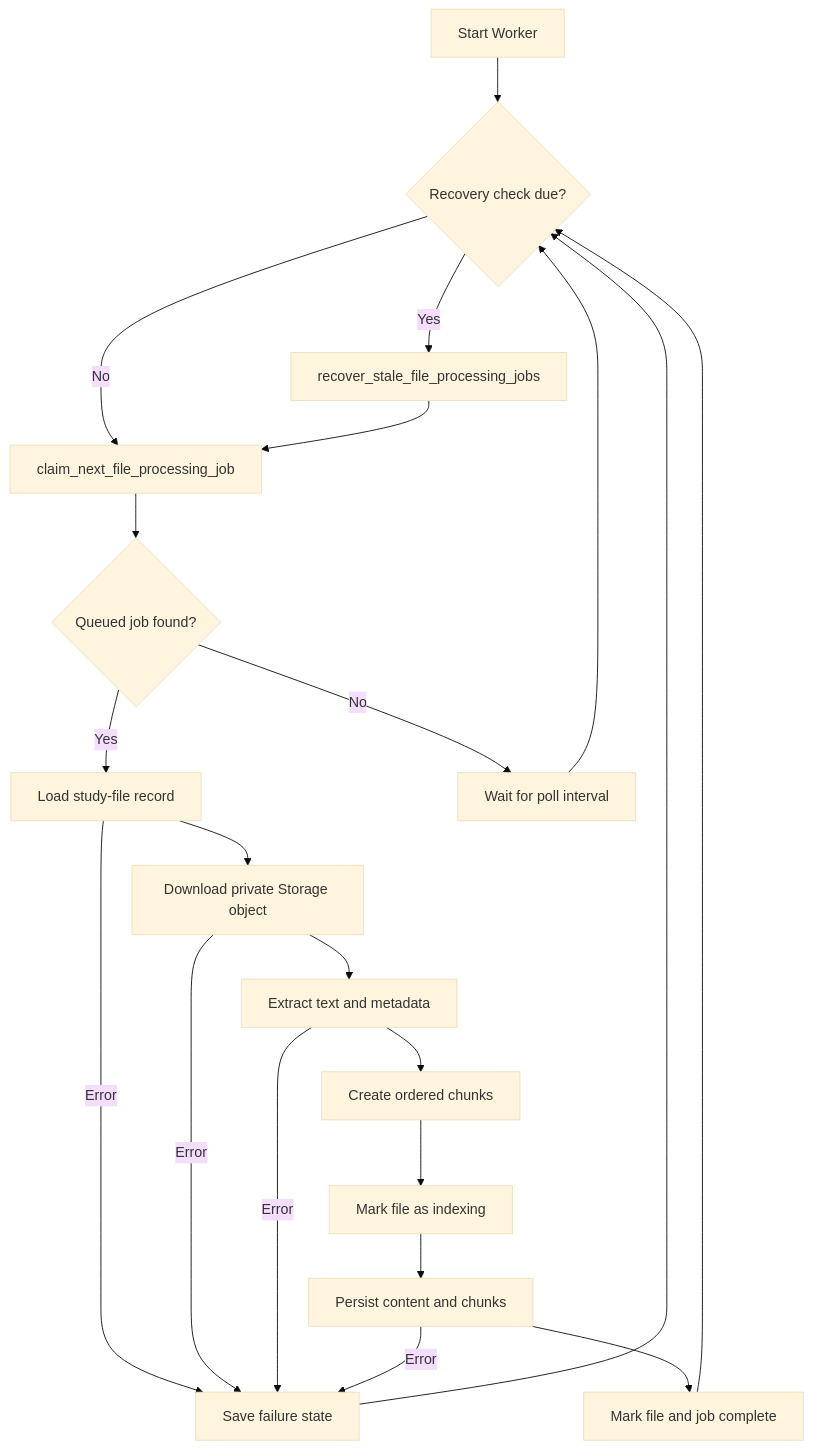
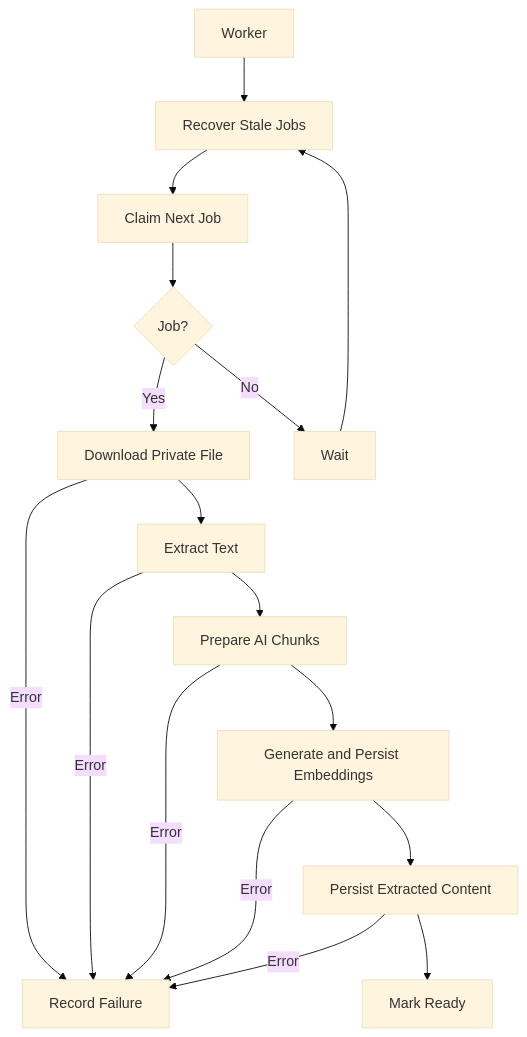
One commit to jianna-acc/stsp-capstone changed the sixth of 14 diagrams in docs/ARCHITECTURE.md. Above: the diagram before and after it, drawn with Mermaid (base theme). The commit also changed other lines of this file and 67 other files, not shown here.

````diff
--- a/docs/ARCHITECTURE.md
+++ b/docs/ARCHITECTURE.md
@@ -732,42 +290,36 @@
 ```mermaid
 flowchart TD
-    START["Start Worker"]
-    RECOVERY_DUE{"Recovery check due?"}
-    RECOVER["recover_stale_file_processing_jobs"]
-    CLAIM["claim_next_file_processing_job"]
-    FOUND{"Queued job found?"}
-    LOAD["Load study-file record"]
-    DOWNLOAD["Download private Storage object"]
-    EXTRACT["Extract text and metadata"]
-    CHUNK["Create ordered chunks"]
-    INDEXING["Mark file as indexing"]
-    COMPLETE["Persist content and chunks"]
-    READY["Mark file and job complete"]
-    FAIL["Save failure state"]
-    WAIT["Wait for poll interval"]
+    START["Worker"]
+    RECOVER["Recover Stale Jobs"]
+    CLAIM["Claim Next Job"]
+    FOUND{"Job?"}
 
-    START --> RECOVERY_DUE
+    DOWNLOAD["Download Private File"]
+    EXTRACT["Extract Text"]
+    PREPARE["Prepare AI Chunks"]
+    INDEX["Generate and Persist Embeddings"]
+    COMPLETE["Persist Extracted Content"]
+    READY["Mark Ready"]
+    FAIL["Record Failure"]
+    WAIT["Wait"]
 
-    RECOVERY_DUE -->|Yes| RECOVER
-    RECOVERY_DUE -->|No| CLAIM
+    START --> RECOVER
     RECOVER --> CLAIM
+    CLAIM --> FOUND
 
-    CLAIM --> FOUND
     FOUND -->|No| WAIT
-    WAIT --> RECOVERY_DUE
+    WAIT --> RECOVER
 
-    FOUND -->|Yes| LOAD
-    LOAD --> DOWNLOAD
+    FOUND -->|Yes| DOWNLOAD
     DOWNLOAD --> EXTRACT
-    EXTRACT --> CHUNK
-    CHUNK --> INDEXING
-    INDEXING --> COMPLETE
+    EXTRACT --> PREPARE
+    PREPARE --> INDEX
+    INDEX --> COMPLETE
     COMPLETE --> READY
-    READY --> RECOVERY_DUE
 
-    LOAD -->|Error| FAIL
     DOWNLOAD -->|Error| FAIL
     EXTRACT -->|Error| FAIL
+    PREPARE -->|Error| FAIL
+    INDEX -->|Error| FAIL
     COMPLETE -->|Error| FAIL
-    FAIL --> RECOVERY_DUE
 ```
````
